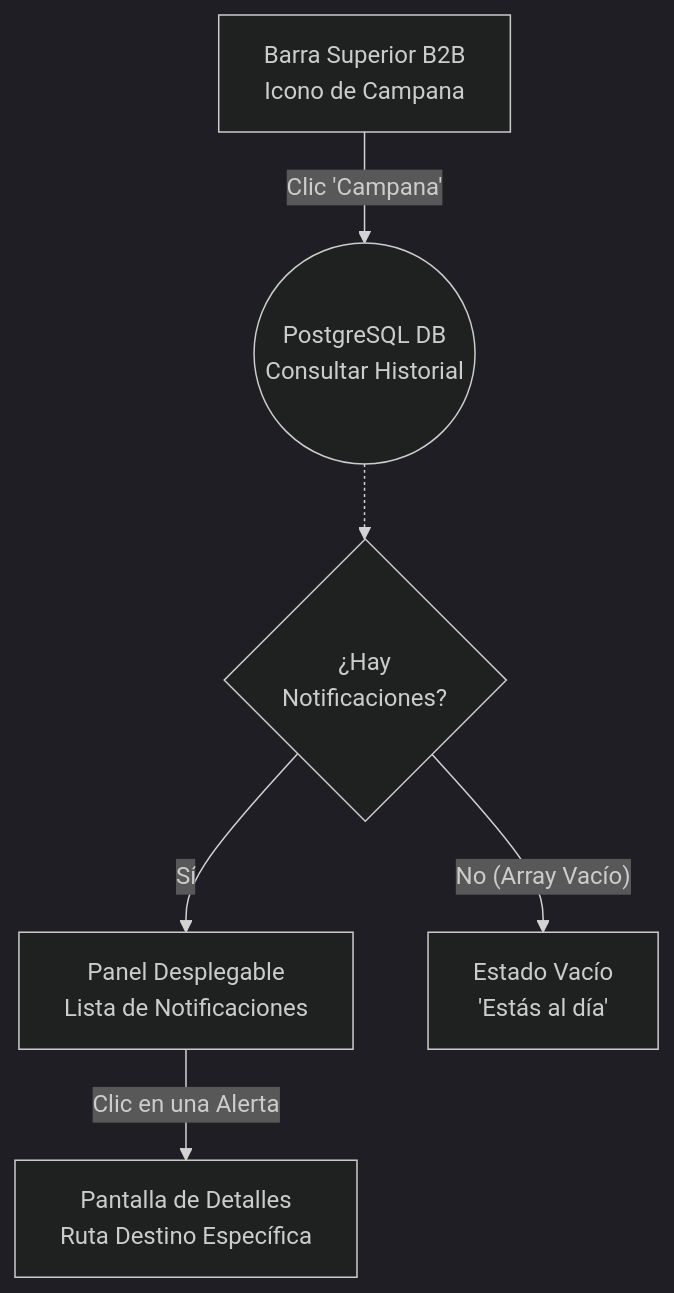
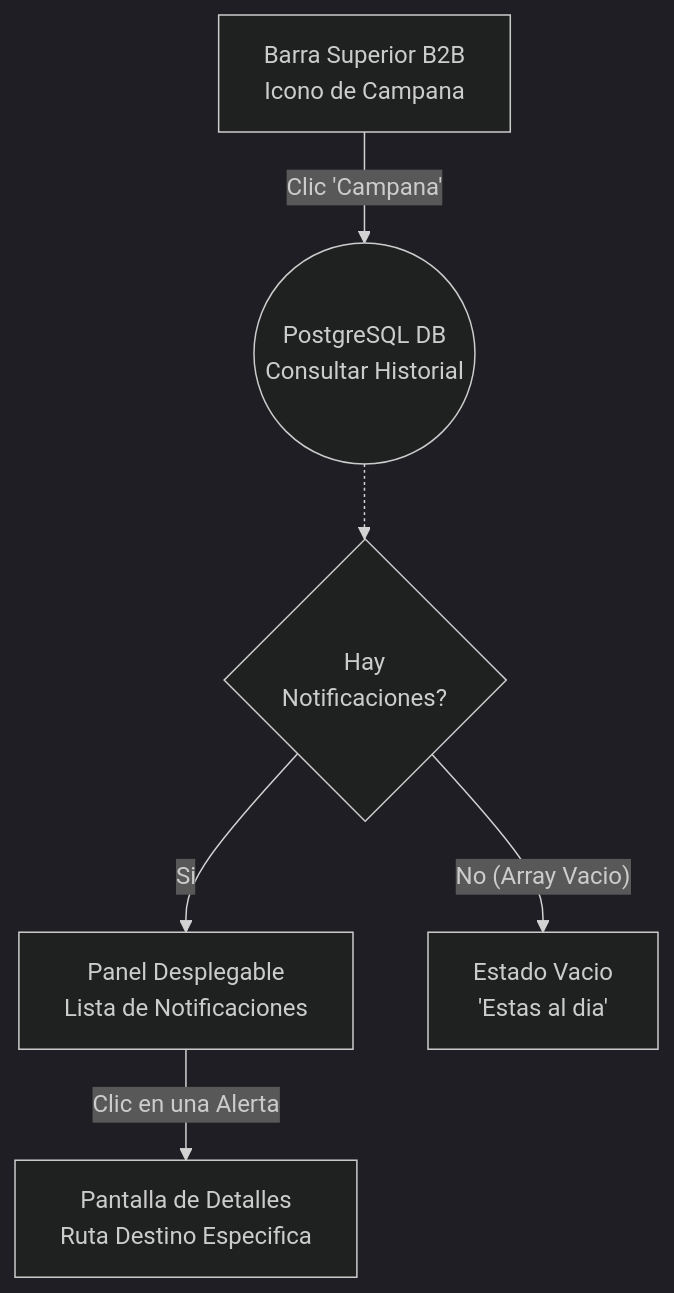
One commit to camilolayos54-dotcom/NosFuimosdeFinca changed the first of 2 diagrams in docs/04-system-modeling/02.User_Flows_Task_Flows/modules/MOD-NOT_flows.md. Above: the diagram before and after it, drawn with Mermaid (dark theme). The commit also changed other lines of this file and 62 other files, not shown here.

````diff
--- a/docs/04-system-modeling/02.User_Flows_Task_Flows/modules/MOD-NOT_flows.md
+++ b/docs/04-system-modeling/02.User_Flows_Task_Flows/modules/MOD-NOT_flows.md
@@ -37,24 +37,24 @@
 ```mermaid
 flowchart TD
     %% Nodos UI
     NavbarUI[Barra Superior B2B<br>Icono de Campana]
     DropdownUI[Panel Desplegable<br>Lista de Notificaciones]
-    EmptyStateUI[Estado Vacío<br>'Estás al día']
-    DetailUI[Pantalla de Detalles<br>Ruta Destino Específica]
+    EmptyStateUI[Estado Vacio<br>'Estas al dia']
+    DetailUI[Pantalla de Detalles<br>Ruta Destino Especifica]
     
-    %% Nodos Asíncronos
+    %% Nodos Asincronos
     DB((PostgreSQL DB<br>Consultar Historial))
     
     %% Decisiones
-    CountCheck{¿Hay<br>Notificaciones?}
+    CountCheck{ Hay<br>Notificaciones?}
 
     %% Flujo Lineal
     NavbarUI --> |Clic 'Campana'| DB
     DB -.-> CountCheck
     
-    CountCheck -- No (Array Vacío) --> EmptyStateUI
-    CountCheck -- Sí --> DropdownUI
+    CountCheck -- No (Array Vacio) --> EmptyStateUI
+    CountCheck -- Si --> DropdownUI
     
-    %% Acción posterior
+    %% Accion posterior
     DropdownUI --> |Clic en una Alerta| DetailUI
 ```
````
